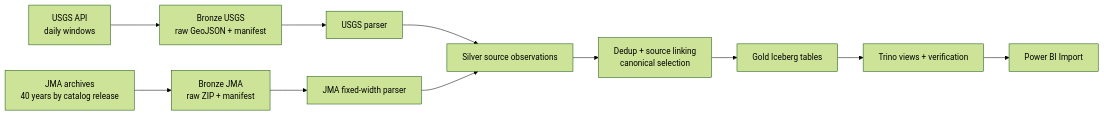
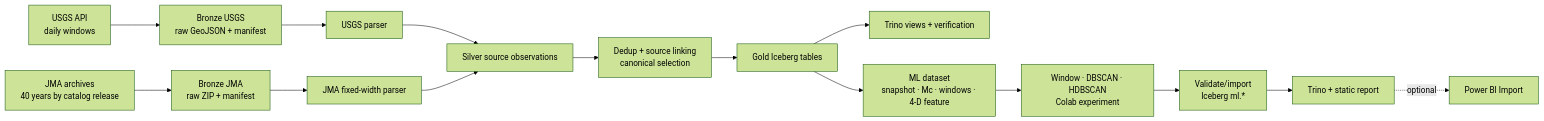
The diagram in docs/task/WORK_BLOCKS.md (HoaiTam/japan-earthquake-etl), drawn with Mermaid (forest theme) before and after one commit. The commit also changed other lines of this file and 78 other files, not shown here.

Commit message:
docs(tasks): align roadmap with HDBSCAN workflow

````diff
--- a/docs/task/WORK_BLOCKS.md
+++ b/docs/task/WORK_BLOCKS.md
@@ -7,13 +7,17 @@
 ```mermaid
 flowchart LR
     USGS["USGS API<br/>daily windows"] --> BUSGS["Bronze USGS<br/>raw GeoJSON + manifest"]
     JMA["JMA archives<br/>40 years by catalog release"] --> BJMA["Bronze JMA<br/>raw ZIP + manifest"]
     BUSGS --> PUSGS["USGS parser"]
     BJMA --> PJMA["JMA fixed-width parser"]
     PUSGS --> OBS["Silver source observations"]
     PJMA --> OBS
     OBS --> LINK["Dedup + source linking<br/>canonical selection"]
     LINK --> GOLD["Gold Iceberg tables"]
     GOLD --> TRINO["Trino views + verification"]
-    TRINO --> PBI["Power BI Import"]
+    GOLD --> MLD["ML dataset<br/>snapshot · Mc · windows · 4-D feature"]
+    MLD --> EXP["Window · DBSCAN · HDBSCAN<br/>Colab experiment"]
+    EXP --> MLI["Validate/import<br/>Iceberg ml.*"]
+    MLI --> REPORT["Trino + static report"]
+    REPORT -. "optional" .-> PBI["Power BI Import"]
 ```
````
